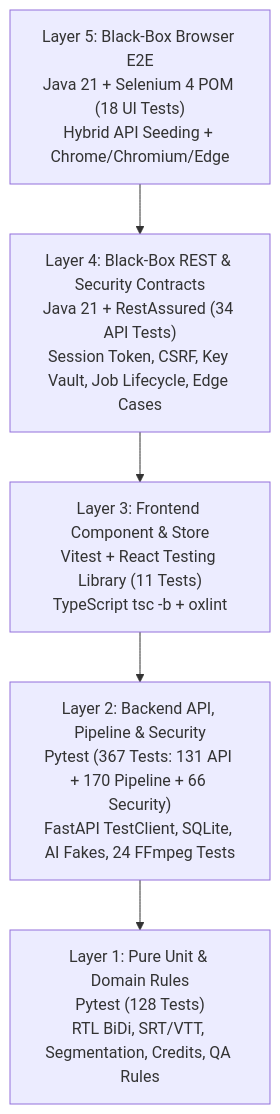
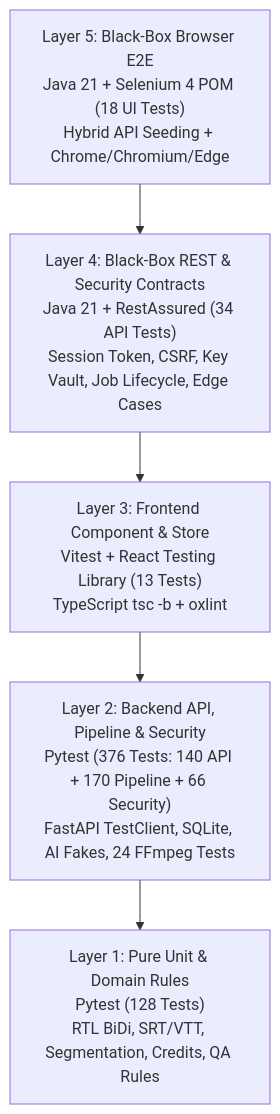
Before and after one commit to talevi83/SubBuildStudio: the first of 2 diagrams in docs/QA_TEST_PLAN.md, drawn with Mermaid. The commit also changed other lines of this file and 2 other files, not shown here.

Commit message:
docs: update README, SPEC, and QA_TEST_PLAN for multi-provider AI and UX overhaul

````diff
--- a/docs/QA_TEST_PLAN.md
+++ b/docs/QA_TEST_PLAN.md
@@ -16,13 +16,13 @@
 ```mermaid
 flowchart TD
     E2E["Layer 5: Black-Box Browser E2E<br/>Java 21 + Selenium 4 POM (18 UI Tests)<br/>Hybrid API Seeding + Chrome/Chromium/Edge"]
     BAPI["Layer 4: Black-Box REST & Security Contracts<br/>Java 21 + RestAssured (34 API Tests)<br/>Session Token, CSRF, Key Vault, Job Lifecycle, Edge Cases"]
-    FE["Layer 3: Frontend Component & Store<br/>Vitest + React Testing Library (11 Tests)<br/>TypeScript tsc -b + oxlint"]
-    PIPE["Layer 2: Backend API, Pipeline & Security<br/>Pytest (367 Tests: 131 API + 170 Pipeline + 66 Security)<br/>FastAPI TestClient, SQLite, AI Fakes, 24 FFmpeg Tests"]
+    FE["Layer 3: Frontend Component & Store<br/>Vitest + React Testing Library (13 Tests)<br/>TypeScript tsc -b + oxlint"]
+    PIPE["Layer 2: Backend API, Pipeline & Security<br/>Pytest (376 Tests: 140 API + 170 Pipeline + 66 Security)<br/>FastAPI TestClient, SQLite, AI Fakes, 24 FFmpeg Tests"]
     UNIT["Layer 1: Pure Unit & Domain Rules<br/>Pytest (128 Tests)<br/>RTL BiDi, SRT/VTT, Segmentation, Credits, QA Rules"]
 
     E2E --> BAPI
     BAPI --> FE
     FE --> PIPE
     PIPE --> UNIT
 ```
````
